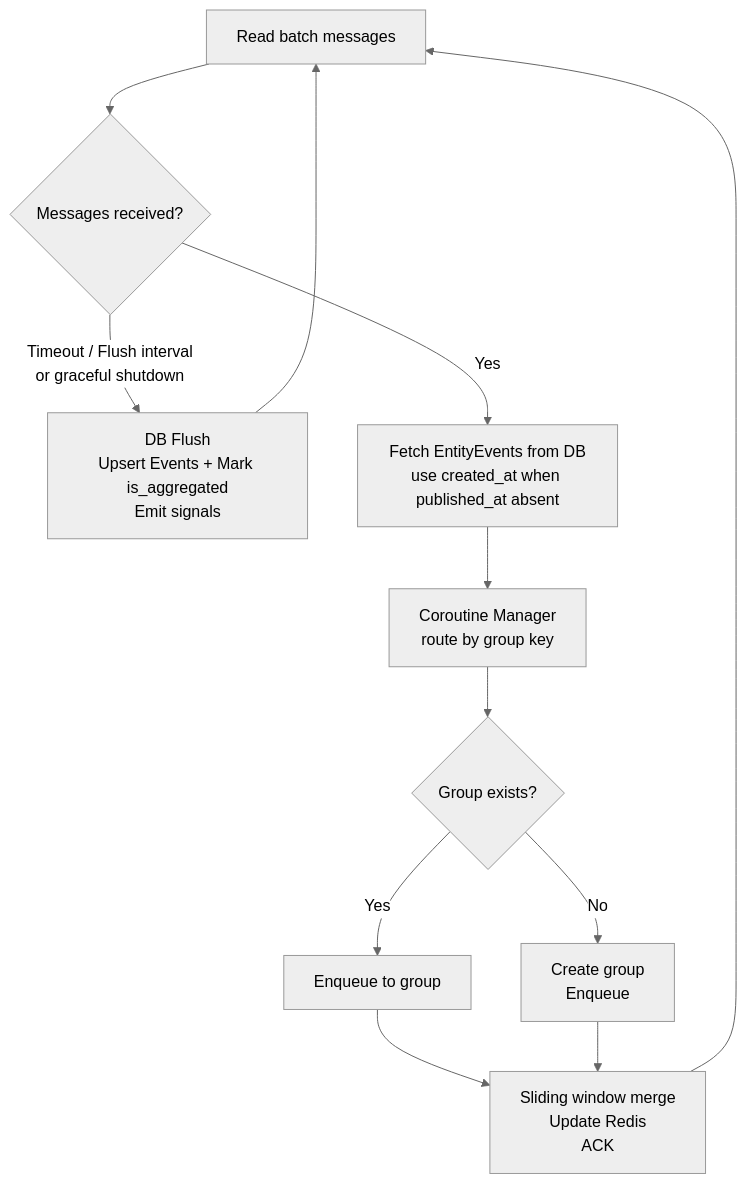
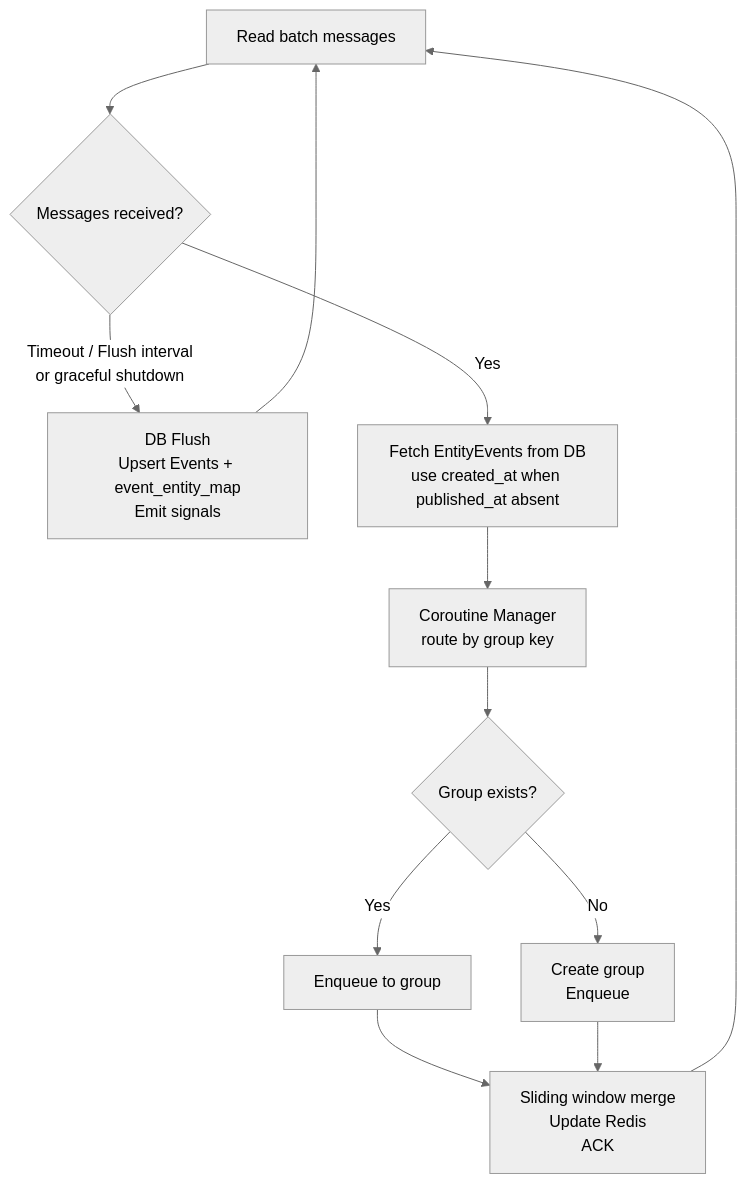
The third of 5 diagrams in stock-assistant-pipeline-intelligence/docs/architecture/system-design.md (mars-xiaoyi/wealthfinder), drawn with Mermaid (neutral theme) before and after one commit. The commit also changed other lines of this file and 4 other files, not shown here.

````diff
--- a/stock-assistant-pipeline-intelligence/docs/architecture/system-design.md
+++ b/stock-assistant-pipeline-intelligence/docs/architecture/system-design.md
@@ -275,14 +274,14 @@
 ```mermaid
 flowchart TD
     A[Read batch messages] --> B{Messages received?}
-    B -->|Timeout / Flush interval\nor graceful shutdown| D[DB Flush\nUpsert Events + Mark is_aggregated\nEmit signals]
+    B -->|Timeout / Flush interval\nor graceful shutdown| D[DB Flush\nUpsert Events + event_entity_map\nEmit signals]
     B -->|Yes| C[Fetch EntityEvents from DB\nuse created_at when published_at absent]
     C --> E[Coroutine Manager\nroute by group key]
     E --> F{Group exists?}
     F -->|Yes| G[Enqueue to group]
     F -->|No| H[Create group\nEnqueue]
     G --> I[Sliding window merge\nUpdate Redis\nACK]
     H --> I
     I --> A
     D --> A
 ```
````
